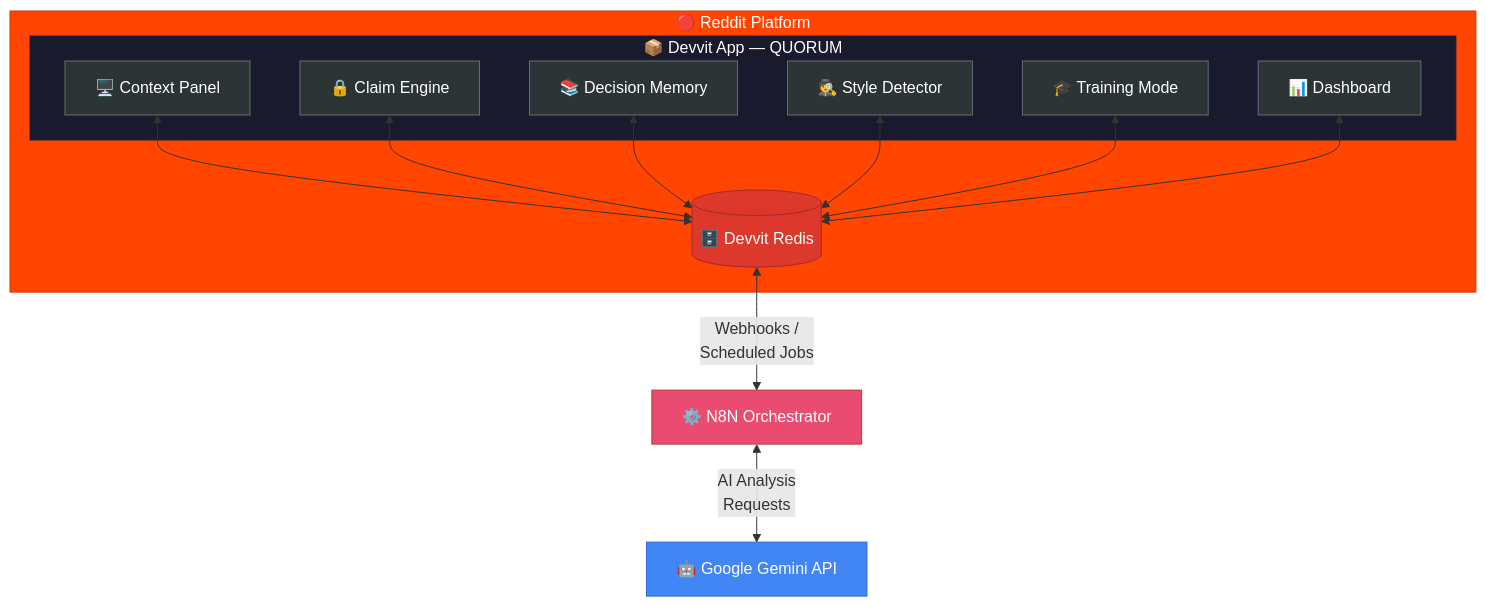
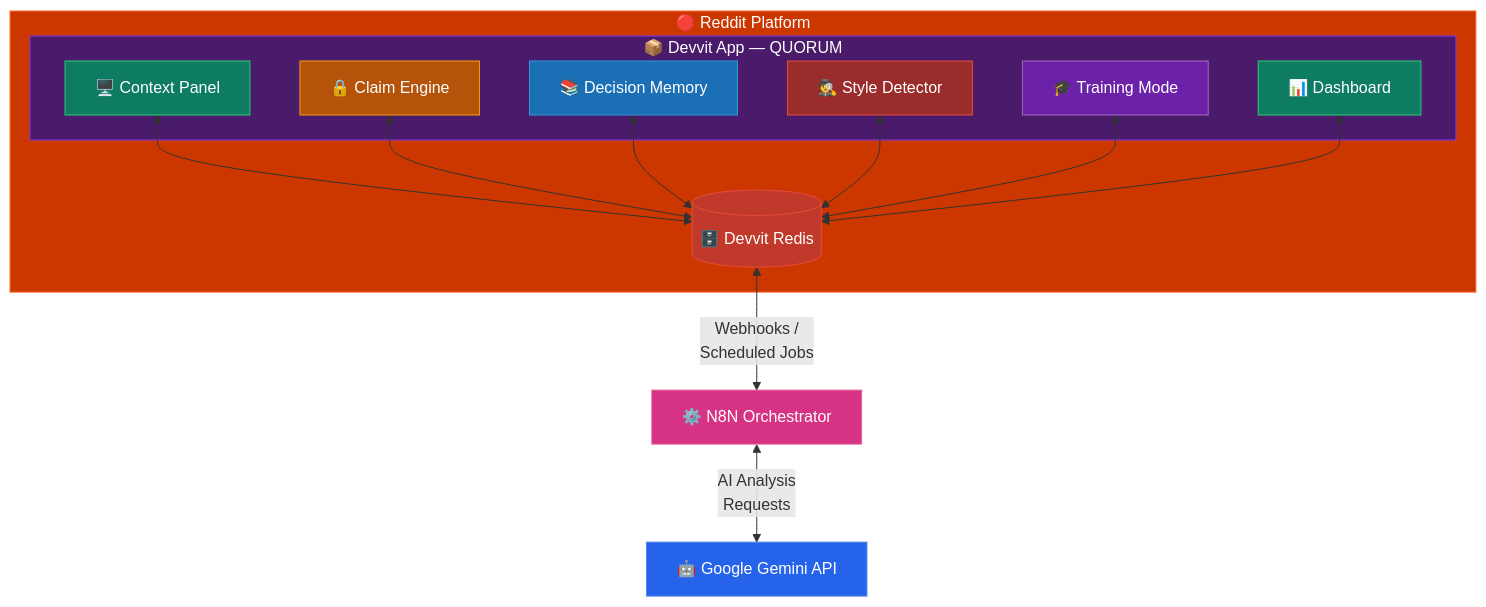
One commit to Anbu-00001/Context_hunting changed the seventh of 10 diagrams in README.md. Above: the diagram before and after it, drawn with Mermaid. The commit also changed other lines of this file, not shown here.

Commit message:
fix: dark mode visibility — all Mermaid nodes now have explicit bright fills, light strokes, and white text

````diff
--- a/README.md
+++ b/README.md
@@ -180,31 +203,31 @@
 ```mermaid
 graph TB
     subgraph Reddit["🔴 Reddit Platform"]
         subgraph Devvit["📦 Devvit App — QUORUM"]
             CP["🖥️ Context Panel"]
             CE["🔒 Claim Engine"]
             DM["📚 Decision Memory"]
             SD["🕵️ Style Detector"]
             TM["🎓 Training Mode"]
             DB["📊 Dashboard"]
         end
         Redis[("🗄️ Devvit Redis")]
     end
 
     CP & CE & DM & SD & TM & DB <--> Redis
 
     Redis <-->|"Webhooks /\nScheduled Jobs"| N8N["⚙️ N8N Orchestrator"]
     N8N <-->|"AI Analysis\nRequests"| Gemini["🤖 Google Gemini API"]
 
-    style Reddit fill:#ff4500,stroke:#cc3700,color:#fff
-    style Devvit fill:#1a1a2e,stroke:#16213e,color:#fff
-    style Redis fill:#dc382c,stroke:#a52a2a,color:#fff
-    style N8N fill:#ea4b71,stroke:#c0392b,color:#fff
-    style Gemini fill:#4285f4,stroke:#3367d6,color:#fff
-    style CP fill:#2d3436,stroke:#636e72,color:#fff
-    style CE fill:#2d3436,stroke:#636e72,color:#fff
-    style DM fill:#2d3436,stroke:#636e72,color:#fff
-    style SD fill:#2d3436,stroke:#636e72,color:#fff
-    style TM fill:#2d3436,stroke:#636e72,color:#fff
-    style DB fill:#2d3436,stroke:#636e72,color:#fff
+    style Reddit fill:#cc3700,stroke:#ff6633,color:#fff
+    style Devvit fill:#4a1a6b,stroke:#7c3aed,color:#fff
+    style Redis fill:#c0392b,stroke:#e74c3c,color:#fff
+    style N8N fill:#d63384,stroke:#e85d9a,color:#fff
+    style Gemini fill:#2563eb,stroke:#5b86e5,color:#fff
+    style CP fill:#0e7c61,stroke:#2ecc71,color:#fff
+    style CE fill:#b45309,stroke:#f59e0b,color:#fff
+    style DM fill:#1a6fb5,stroke:#3498db,color:#fff
+    style SD fill:#9b2c2c,stroke:#e74c3c,color:#fff
+    style TM fill:#6b21a8,stroke:#a569bd,color:#fff
+    style DB fill:#0e7c61,stroke:#2ecc71,color:#fff
 ```
````
